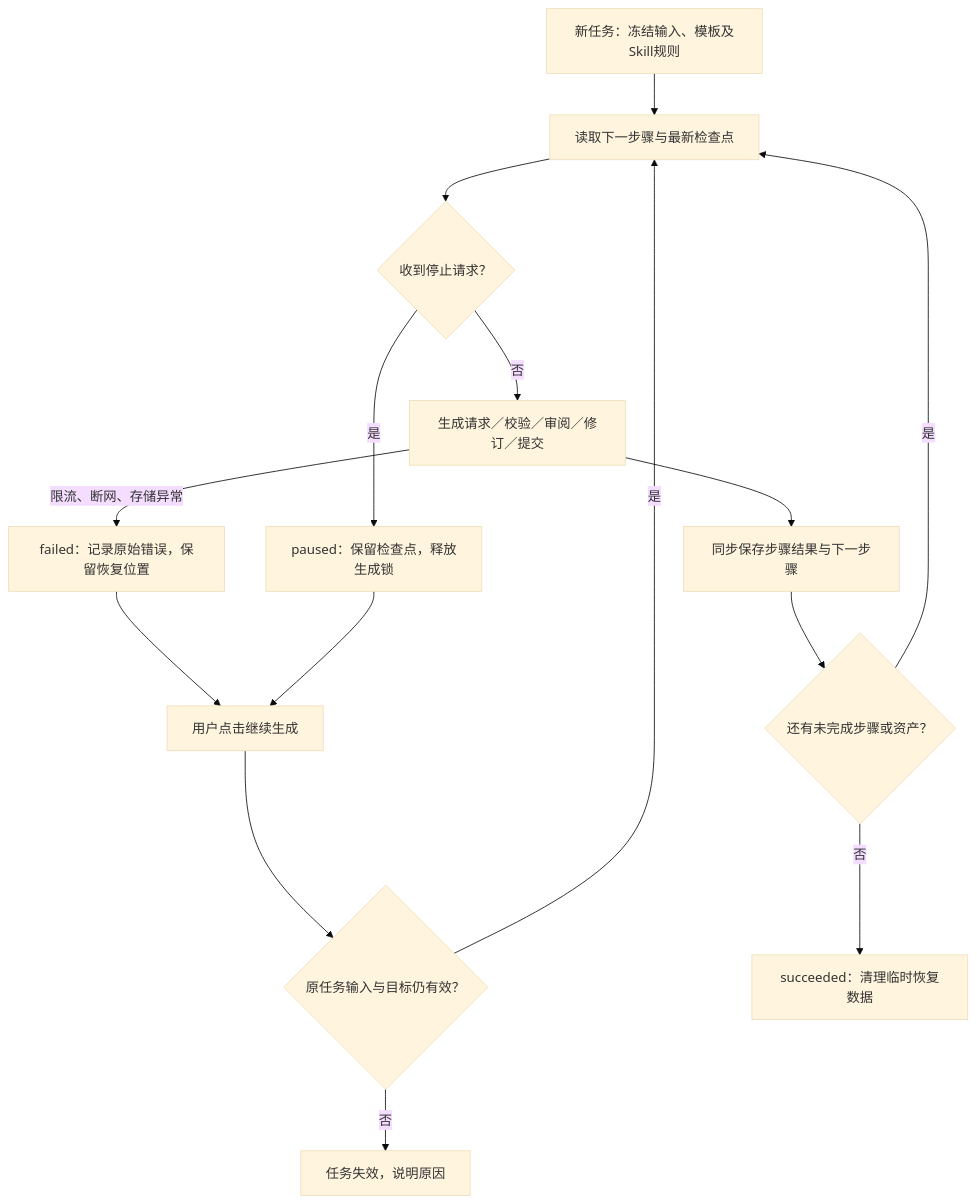
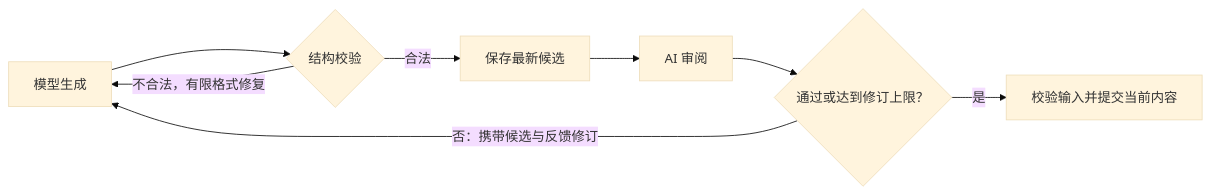
The third of 3 diagrams in docs/short_video/architecture.md (thisHobart/NovelWriter), drawn with Mermaid (base theme) before and after one commit. The commit also changed other lines of this file and 3 other files, not shown here.

Commit message:
docs(short-video): simplify architecture and refresh maintenance guides

````diff
--- a/docs/short_video/architecture.md
+++ b/docs/short_video/architecture.md
@@ -69,17 +59,10 @@
 ```mermaid
-flowchart TD
-    NEW[新任务：冻结输入、模板及Skill规则] --> LOAD
-    RESUME[用户点击继续生成] --> CHECK{原任务输入与目标仍有效？}
-    CHECK -->|否| INVALID[任务失效，说明原因]
-    CHECK -->|是| LOAD[读取下一步骤与最新检查点]
-    LOAD --> STOP{收到停止请求？}
-    STOP -->|是| PAUSE[paused：保留检查点，释放生成锁]
-    STOP -->|否| STEP[生成请求／校验／审阅／修订／提交]
-    STEP --> SAVE[同步保存步骤结果与下一步骤]
-    SAVE --> MORE{还有未完成步骤或资产？}
-    MORE -->|是| LOAD
-    MORE -->|否| DONE[succeeded：清理临时恢复数据]
-    STEP -->|限流、断网、存储异常| FAIL[failed：记录原始错误，保留恢复位置]
-    FAIL --> RESUME
-    PAUSE --> RESUME
+flowchart LR
+    G[模型生成] --> V{结构校验}
+    V -->|不合法，有限格式修复| G
+    V -->|合法| S[保存最新候选]
+    S --> R[AI 审阅]
+    R --> D{通过或达到修订上限？}
+    D -->|否：携带候选与反馈修订| G
+    D -->|是| C[校验输入并提交当前内容]
 ```
````
